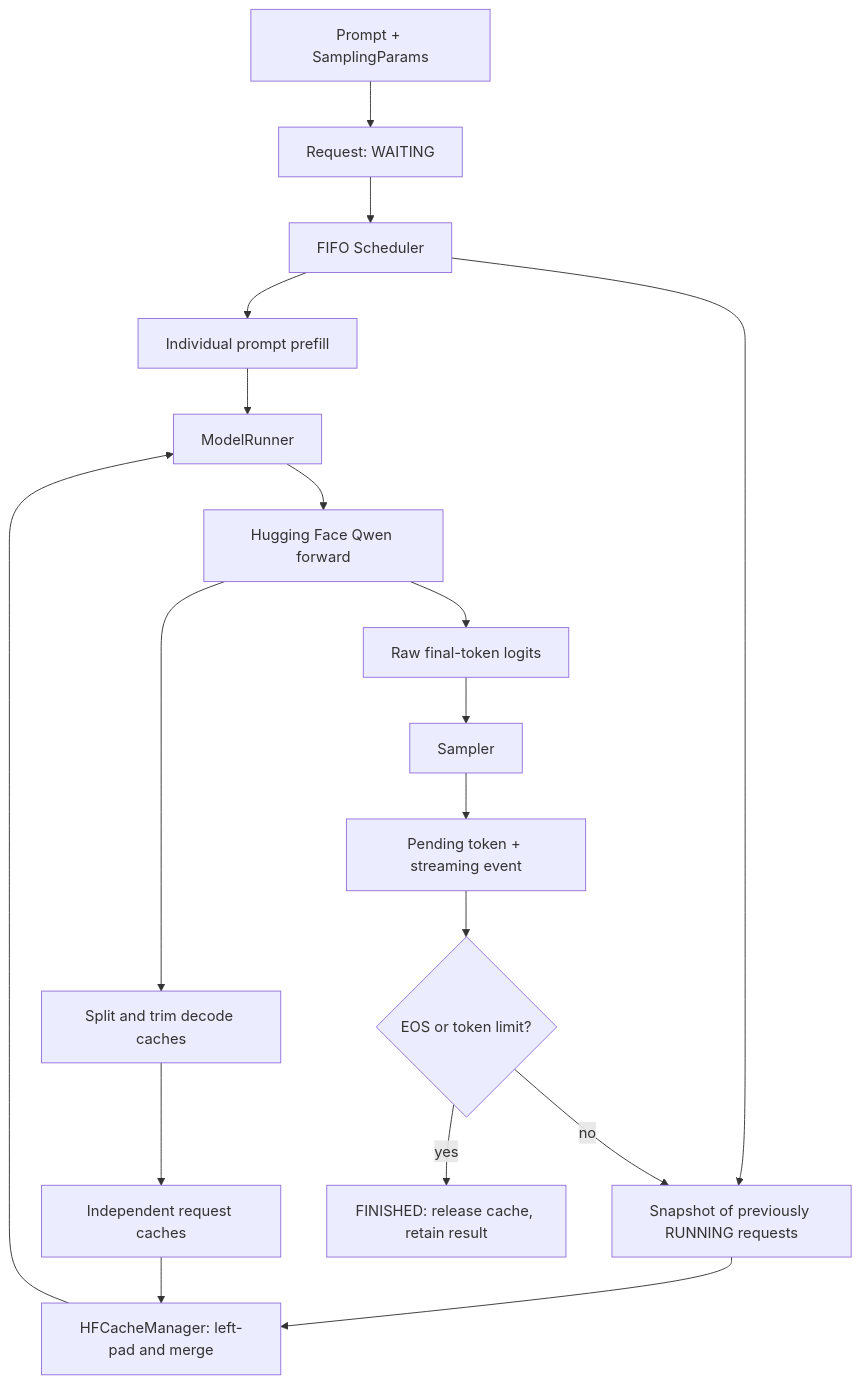
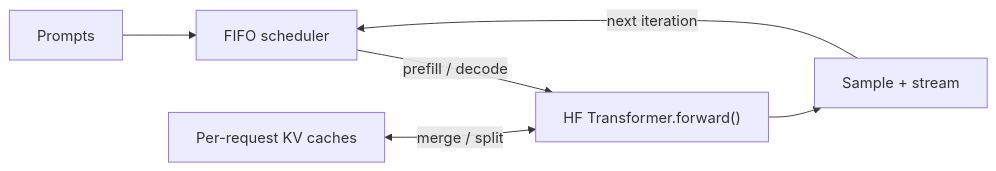
The diagram in README.md (harshb16/minfer), drawn with Mermaid before and after one commit. The commit also changed other lines of this file and 2 other files, not shown here.

Commit message:
docs: shorten README and add architecture guide

````diff
--- a/README.md
+++ b/README.md
@@ -100,20 +5,8 @@
 ```mermaid
-flowchart TD
-    A[Prompt + SamplingParams] --> B[Request: WAITING]
-    B --> C[FIFO Scheduler]
-    C --> D[Individual prompt prefill]
-    C --> E[Snapshot of previously RUNNING requests]
-    D --> F[ModelRunner]
-    E --> G[HFCacheManager: left-pad and merge]
-    G --> F
-    F --> H[Hugging Face Qwen forward]
-    H --> I[Split and trim decode caches]
-    H --> J[Raw final-token logits]
-    I --> K[Independent request caches]
-    J --> L[Sampler]
-    L --> M[Pending token + streaming event]
-    M --> N{EOS or token limit?}
-    N -->|yes| O[FINISHED: release cache, retain result]
-    N -->|no| E
-    K --> G
+flowchart LR
+    A[Prompts] --> B[FIFO scheduler]
+    B -->|prefill / decode| C["HF Transformer.forward()"]
+    C --> D[Sample + stream]
+    D -->|next iteration| B
+    K[Per-request KV caches] <-->|merge / split| C
 ```
````
